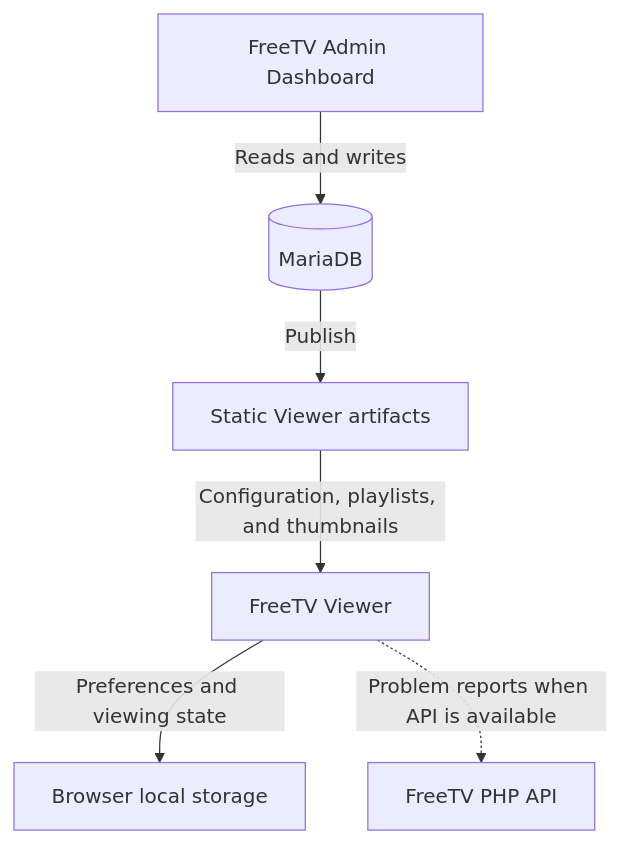
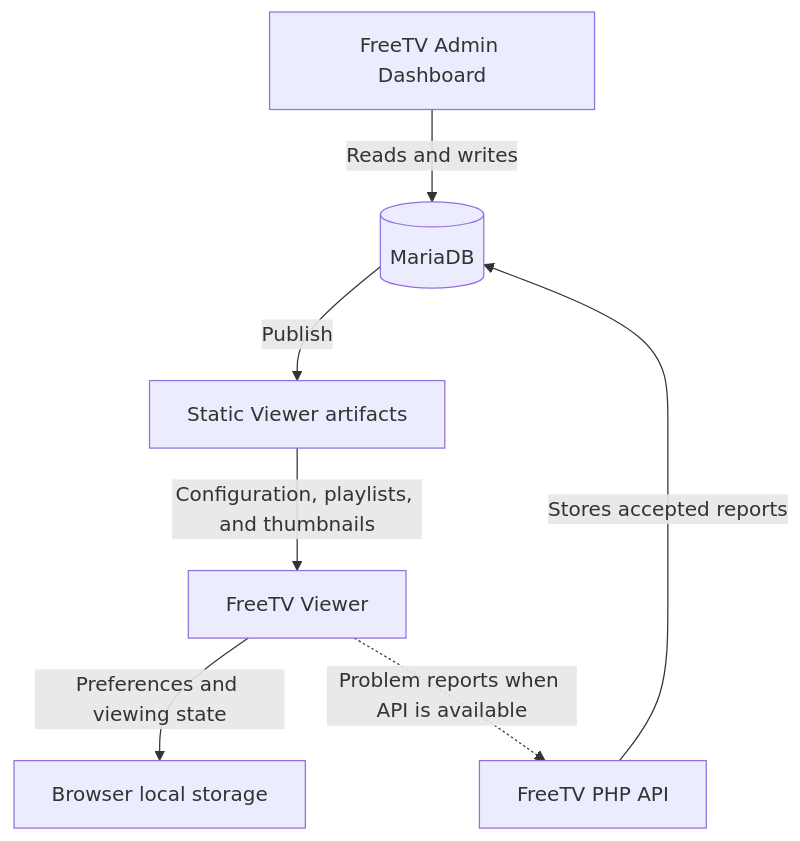
One commit to freetv-today/freetv-viewer changed the diagram in README.md. Above: the diagram before and after it, drawn with Mermaid. The commit also changed other lines of this file, not shown here.

````diff
--- a/README.md
+++ b/README.md
@@ -88,8 +87,9 @@
 ```mermaid
 flowchart TD
     ADMIN["FreeTV Admin Dashboard"] -->|"Reads and writes"| DB[("MariaDB")]
     DB -->|"Publish"| DATA["Static Viewer artifacts"]
     DATA -->|"Configuration, playlists, and thumbnails"| VIEWER["FreeTV Viewer"]
     VIEWER -->|"Preferences and viewing state"| STORAGE["Browser local storage"]
     VIEWER -.->|"Problem reports when API is available"| API["FreeTV PHP API"]
+    API -->|"Stores accepted reports"| DB
 ```
````
